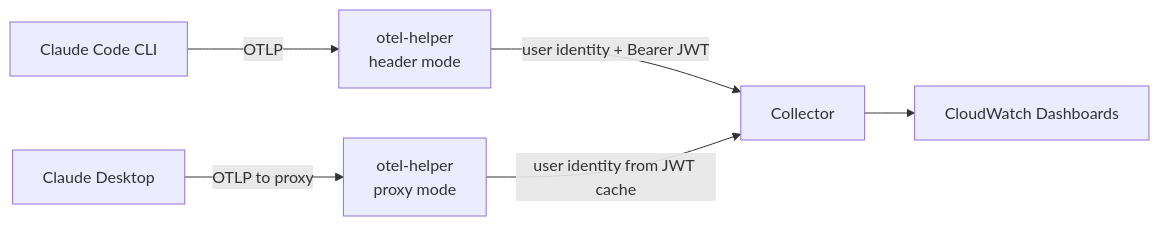
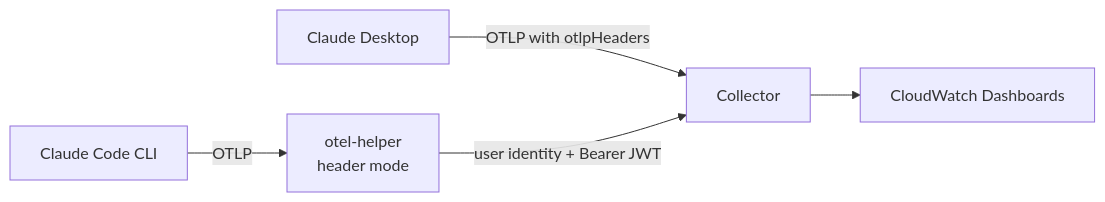
One commit to aws-solutions-library-samples/guidance-for-claude-code-with-amazon-bedrock changed the third of 4 diagrams in README.md. Above: the diagram before and after it, drawn with Mermaid. The commit also changed other lines of this file, not shown here.

First line of the commit message:
docs: remove proxy auto-spawn references, recommend bootstrap for Desktop telemetry

````diff
--- a/README.md
+++ b/README.md
@@ -160,8 +161,7 @@
 ```mermaid
 flowchart LR
     CC[Claude Code CLI] -->|OTLP| OH1[otel-helper<br/>header mode]
-    CW[Claude Desktop] -->|OTLP to proxy| OH2[otel-helper<br/>proxy mode]
-    OH1 -->|"user identity + Bearer JWT"| COLL[Collector]
-    OH2 -->|"user identity from JWT cache"| COLL
+    CW[Claude Desktop] -->|OTLP with otlpHeaders| COLL[Collector]
+    OH1 -->|"user identity + Bearer JWT"| COLL
     COLL --> DASH[CloudWatch Dashboards]
 ```
````
